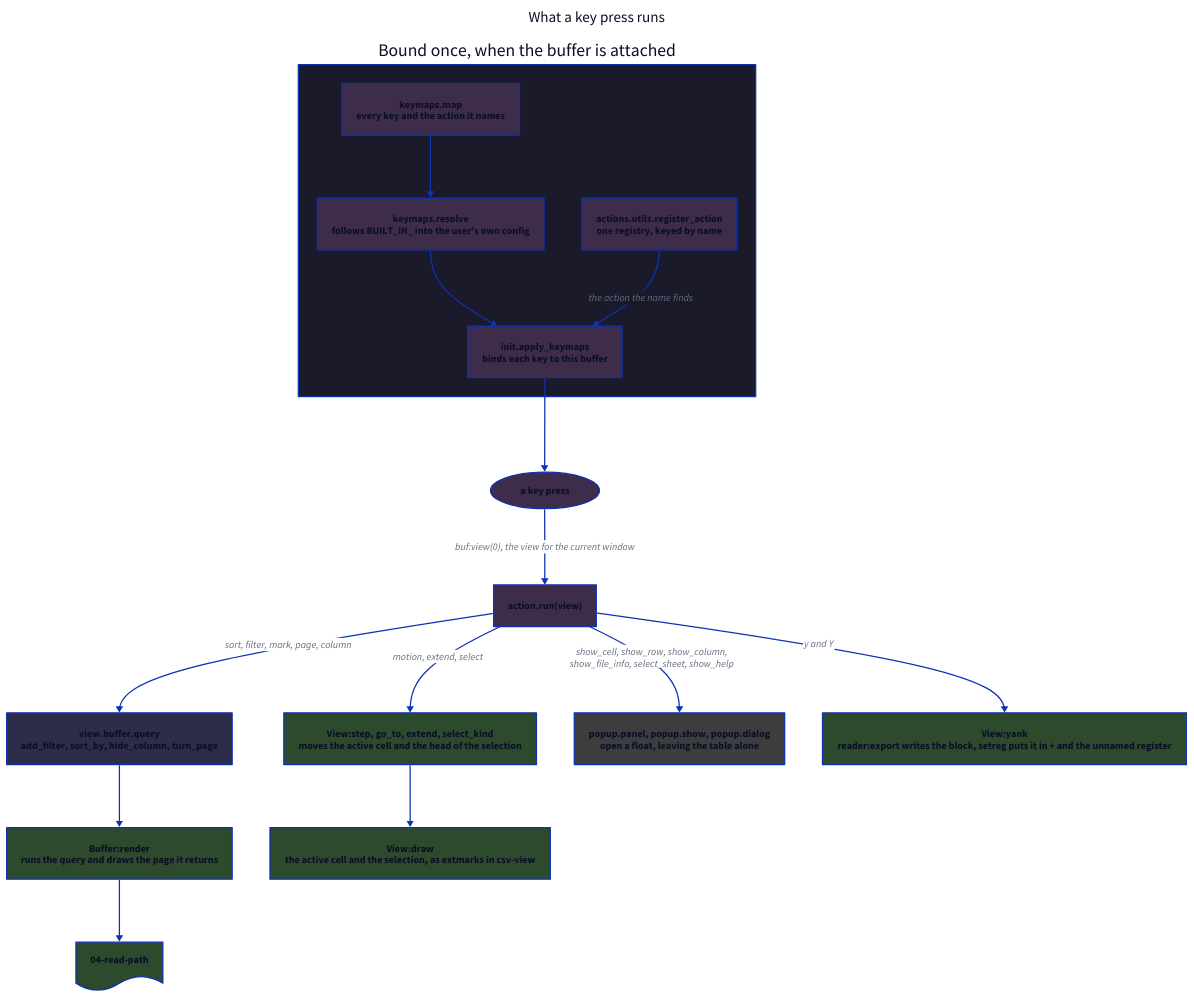
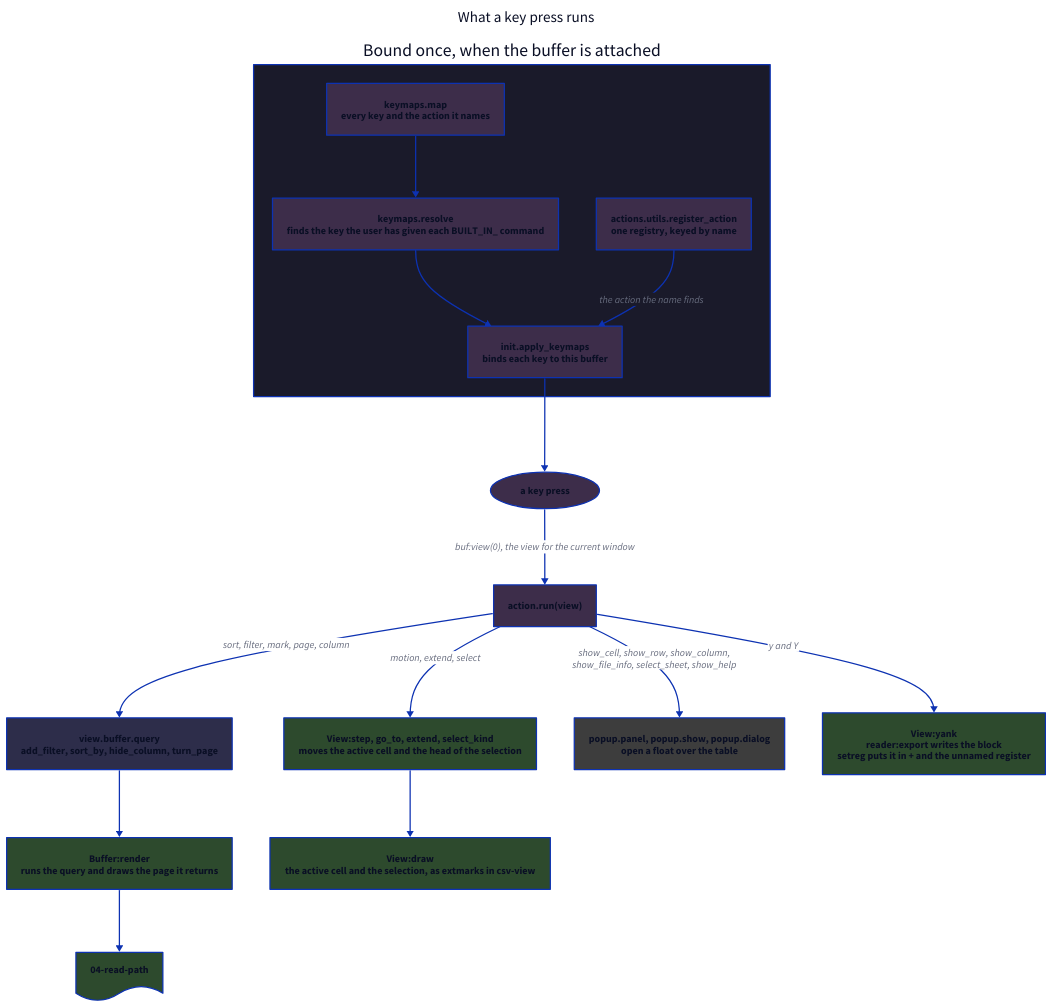
One commit to cseickel/csv-table.nvim changed the diagram in docs/03-actions.d2. Above: the diagram before and after it, drawn with D2. The commit also changed 10 other files, not shown here.

First line of the commit message:
docs: reword diagram labels and document per-window state

```diff
--- a/docs/03-actions.d2
+++ b/docs/03-actions.d2
@@ -1,58 +1,58 @@
 direction: down
 
 title: What a key press runs {
   near: top-center
   shape: text
   style.font-size: 24
 }
 
 classes: {
   entry: {style.fill: "#3d2d4a"}
   data: {style.fill: "#2d2d4a"}
   draw: {style.fill: "#2d4a2d"}
   ui: {style.fill: "#3d3d3d"}
 }
 
 setup: Bound once, when the buffer is attached {
   style.fill: "#1a1a2a"
 
   map: "keymaps.map\nevery key and the action it names" {class: entry}
-  resolve: "keymaps.resolve\nfollows BUILT_IN_ into the user's own config" {class: entry}
+  resolve: "keymaps.resolve\nfinds the key the user has given each BUILT_IN_ command" {class: entry}
   registry: "actions.utils.register_action\none registry, keyed by name" {class: entry}
   apply: "init.apply_keymaps\nbinds each key to this buffer" {class: entry}
 
   map -> resolve -> apply
   registry -> apply: the action the name finds
 }
 
 press: a key press {
   shape: oval
   class: entry
 }
 
 run: "action.run(view)" {class: entry}
 
 change: "view.buffer.query\nadd_filter, sort_by, hide_column, turn_page" {class: data}
 render: "Buffer:render\nruns the query and draws the page it returns" {class: draw}
 move: "View:step, go_to, extend, select_kind\nmoves the active cell and the head of the selection" {class: draw}
 redraw: "View:draw\nthe active cell and the selection, as extmarks in csv-view" {class: draw}
-float: "popup.panel, popup.show, popup.dialog\nopen a float, leaving the table alone" {class: ui}
-yank: "View:yank\nreader:export writes the block, setreg puts it in + and the unnamed register" {class: draw}
+float: "popup.panel, popup.show, popup.dialog\nopen a float over the table" {class: ui}
+yank: "View:yank\nreader:export writes the block\nsetreg puts it in + and the unnamed register" {class: draw}
 
 next: 04-read-path {
   shape: document
   class: draw
 }
 
 setup.apply -> press
 press -> run: "buf:view(0), the view for the current window"
 
 run -> change: sort, filter, mark, page, column
 change -> render
 render -> next
 
 run -> move: motion, extend, select
 move -> redraw
 
 run -> float: "show_cell, show_row, show_column,\nshow_file_info, select_sheet, show_help"
 run -> yank: y and Y
```
